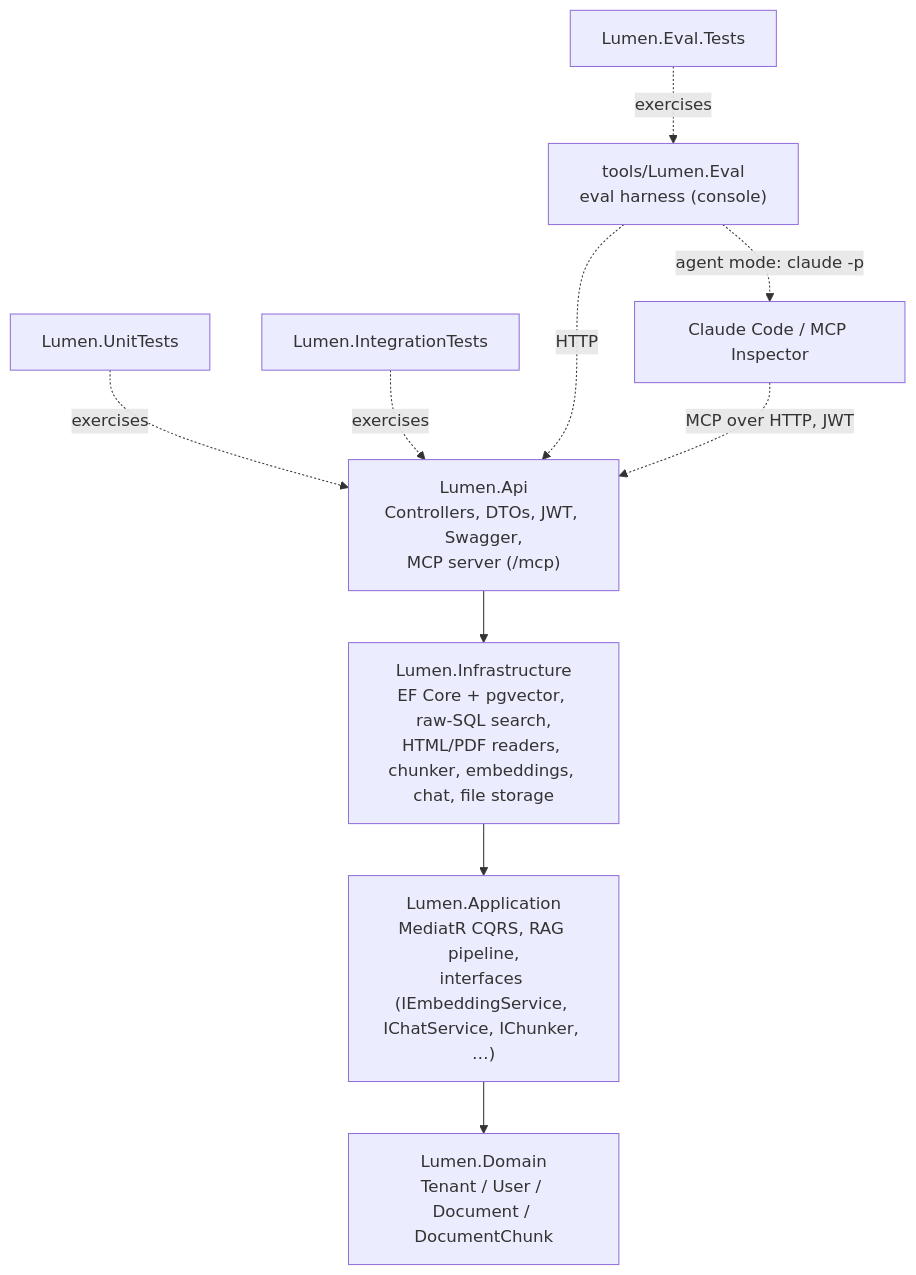
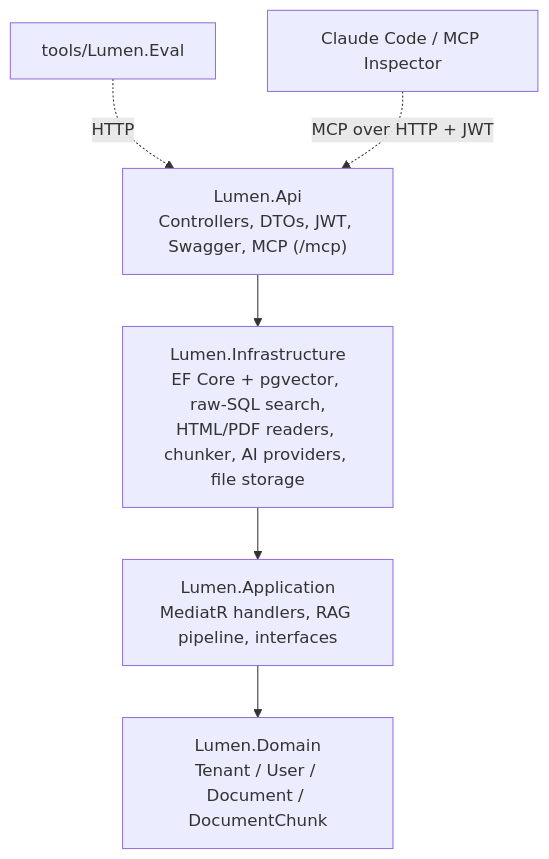
One commit to DanielyanArtyom/dotnet-mcp-rag-server changed the first of 2 diagrams in README.md. Above: the diagram before and after it, drawn with Mermaid. The commit also changed other lines of this file and 1 other file, not shown here.

````diff
--- a/README.md
+++ b/README.md
@@ -45,13 +40,8 @@
 ```mermaid
 graph TD
-    Api["Lumen.Api<br/>Controllers, DTOs, JWT, Swagger,<br/>MCP server (/mcp)"] --> Infra["Lumen.Infrastructure<br/>EF Core + pgvector, raw-SQL search,<br/>HTML/PDF readers, chunker, embeddings, chat, file storage"]
-    Infra --> App["Lumen.Application<br/>MediatR CQRS, RAG pipeline,<br/>interfaces (IEmbeddingService, IChatService, IChunker, …)"]
+    Api["Lumen.Api<br/>Controllers, DTOs, JWT, Swagger, MCP (/mcp)"] --> Infra["Lumen.Infrastructure<br/>EF Core + pgvector, raw-SQL search,<br/>HTML/PDF readers, chunker, AI providers, file storage"]
+    Infra --> App["Lumen.Application<br/>MediatR handlers, RAG pipeline, interfaces"]
     App --> Domain["Lumen.Domain<br/>Tenant / User / Document / DocumentChunk"]
-
-    UnitTests["Lumen.UnitTests"] -.exercises.-> Api
-    IntegrationTests["Lumen.IntegrationTests"] -.exercises.-> Api
-    Eval["tools/Lumen.Eval<br/>eval harness (console)"] -.HTTP.-> Api
-    EvalTests["Lumen.Eval.Tests"] -.exercises.-> Eval
-    Client["Claude Code / MCP Inspector"] -.MCP over HTTP, JWT.-> Api
-    Eval -. "agent mode: claude -p" .-> Client
+    Eval["tools/Lumen.Eval"] -.HTTP.-> Api
+    Client["Claude Code / MCP Inspector"] -.MCP over HTTP + JWT.-> Api
 ```
````
